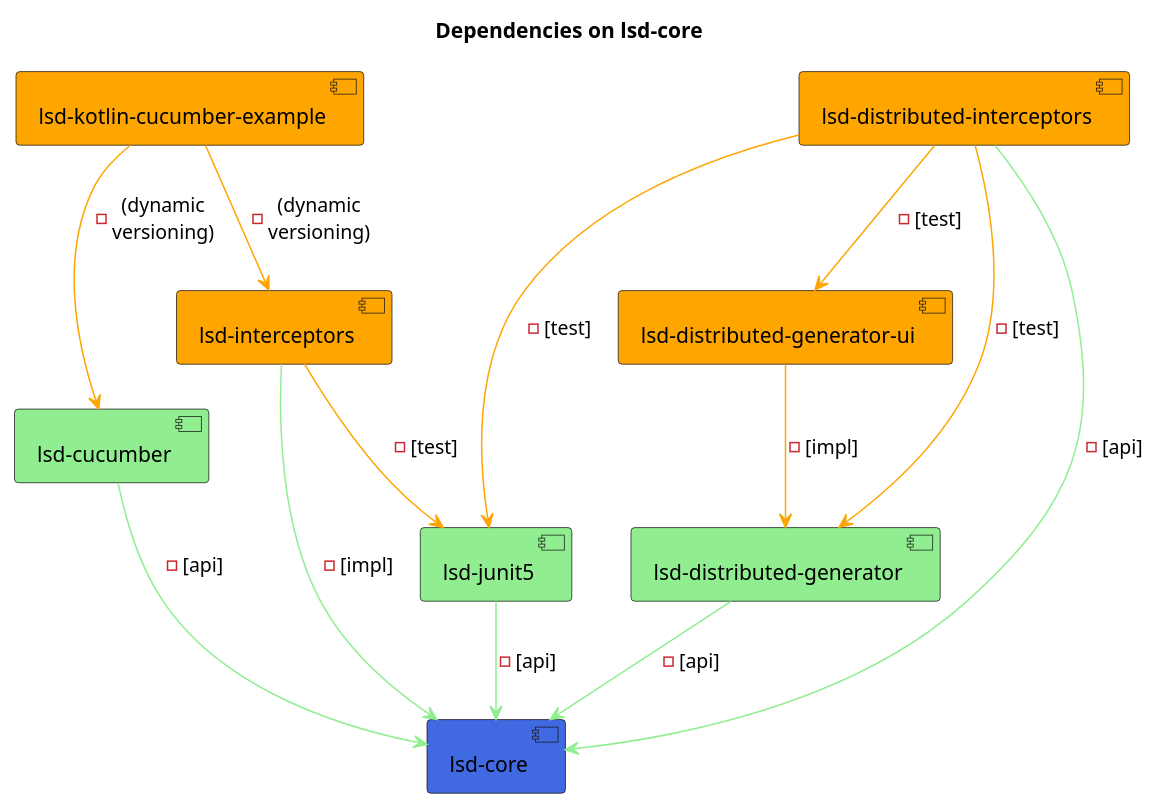
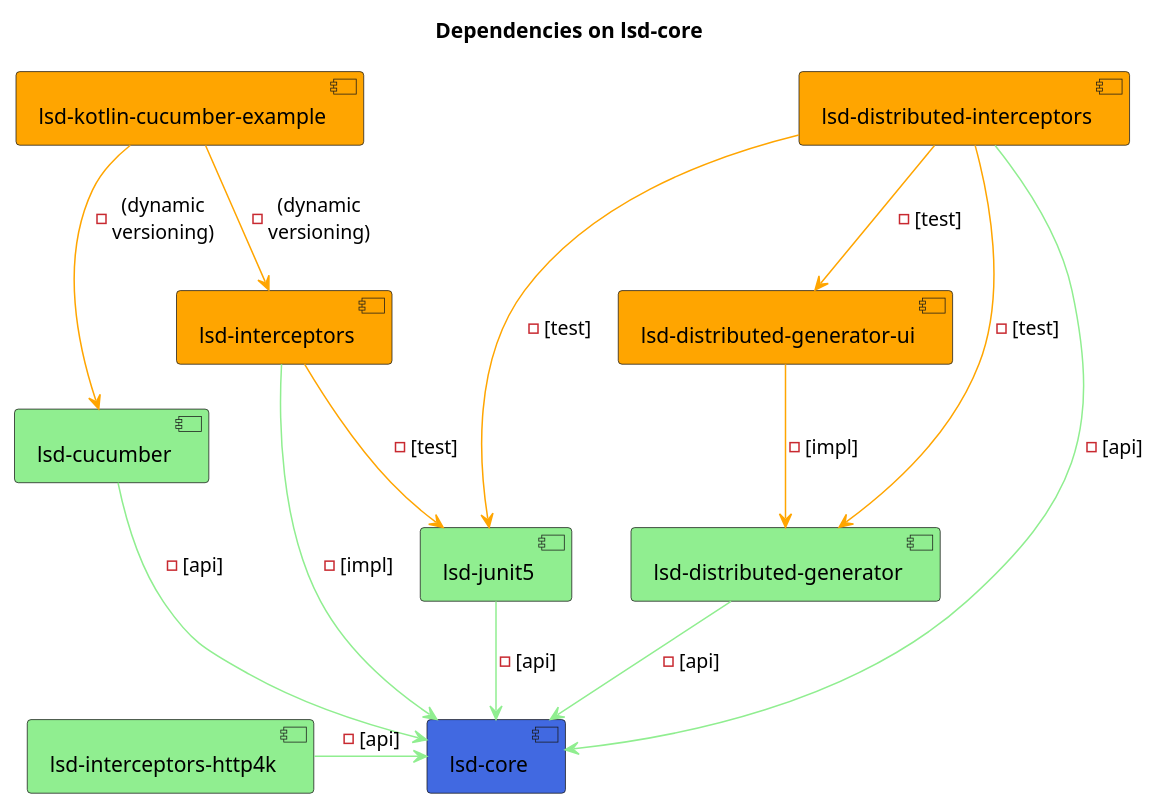
The diagram in docs/project_dependency_graph.puml (lsd-consulting/lsd-core), drawn with PlantUML before and after one commit.

Commit message:
chore: update dependency puml

```diff
--- a/docs/project_dependency_graph.puml
+++ b/docs/project_dependency_graph.puml
@@ -4,31 +4,32 @@
 @startuml
 title Dependencies on lsd-core
 
 component "lsd-core"#royalblue
 component "lsd-junit5"#lightgreen
 component "lsd-cucumber"#lightgreen
 component "lsd-distributed-generator"#lightgreen
 component "lsd-interceptors"#orange
 component "lsd-distributed-interceptors"#orange
 component "lsd-distributed-generator-ui"#orange
 component "lsd-kotlin-cucumber-example"#orange
+component "lsd-interceptors-http4k" #lightgreen
 
 [lsd-junit5] -[#lightgreen]-> [lsd-core] : -[api]
-
 [lsd-cucumber] -[#lightgreen]-> [lsd-core] : -[api]
 [lsd-interceptors] -[#lightgreen]-> [lsd-core] : -[impl]
+[lsd-interceptors-http4k] -[#lightgreen]> [lsd-core] : -[api]
 
 [lsd-distributed-generator-ui] -[#orange]-> [lsd-distributed-generator] : -[impl]
 [lsd-distributed-generator] -[#lightgreen]-> [lsd-core] : -[api]
 
 [lsd-distributed-interceptors] -[#orange]-> [lsd-distributed-generator] : -[test]
 [lsd-distributed-interceptors] -[#orange]-> [lsd-distributed-generator-ui] : -[test]
 [lsd-distributed-interceptors] -[#lightgreen]-> [lsd-core] : -[api]
 [lsd-distributed-interceptors] -[#orange]-> [lsd-junit5] : -[test]
 [lsd-interceptors] -[#orange]-> [lsd-junit5] : -[test]
 [lsd-kotlin-cucumber-example] -[#orange]-> [lsd-cucumber] : -(dynamic\nversioning)
 [lsd-kotlin-cucumber-example] -[#orange]-> [lsd-interceptors] : -(dynamic\nversioning)
 
 hide unlinked
 
 @enduml
```
